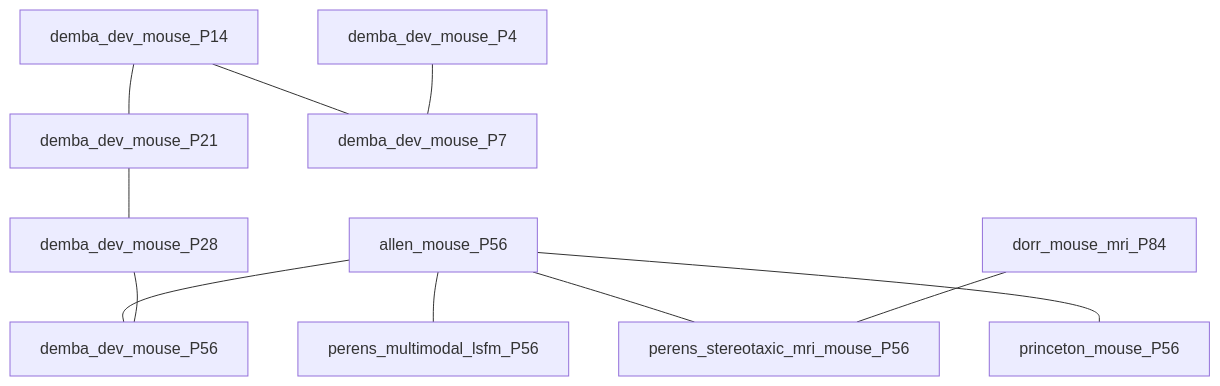
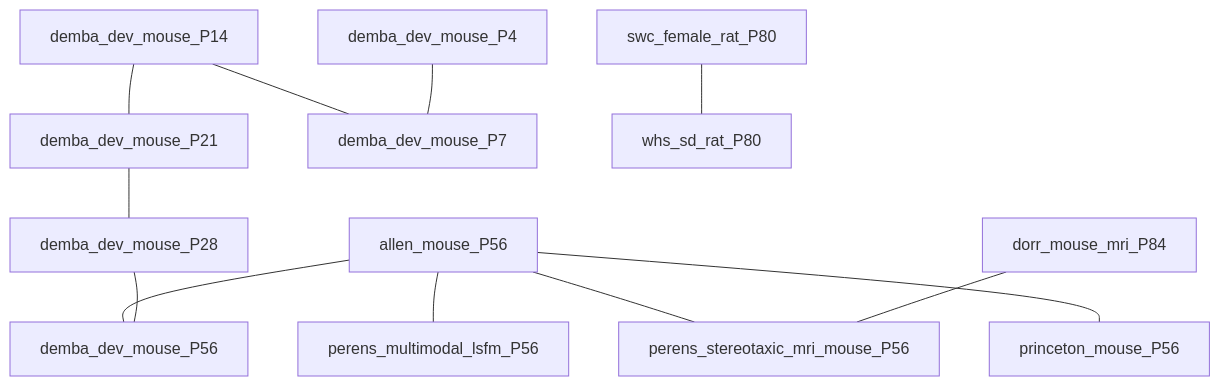
The diagram in README.md (brainglobe/brainglobe-ccf-translator), drawn with Mermaid before and after one commit. The commit also changed other lines of this file and 5 other files, not shown here.

First line of the commit message:
Add swc_female_rat <-> whs_sd_rat deformations

````diff
--- a/README.md
+++ b/README.md
@@ -23,13 +23,14 @@
 ```mermaid
 graph TD
     allen_mouse_P56 --- demba_dev_mouse_P56
     allen_mouse_P56 --- perens_multimodal_lsfm_P56
     allen_mouse_P56 --- perens_stereotaxic_mri_mouse_P56
     allen_mouse_P56 --- princeton_mouse_P56
     demba_dev_mouse_P14 --- demba_dev_mouse_P21
     demba_dev_mouse_P14 --- demba_dev_mouse_P7
     demba_dev_mouse_P21 --- demba_dev_mouse_P28
     demba_dev_mouse_P28 --- demba_dev_mouse_P56
     demba_dev_mouse_P4 --- demba_dev_mouse_P7
     dorr_mouse_mri_P84 --- perens_stereotaxic_mri_mouse_P56
+    swc_female_rat_P80 --- whs_sd_rat_P80
 ```
````
